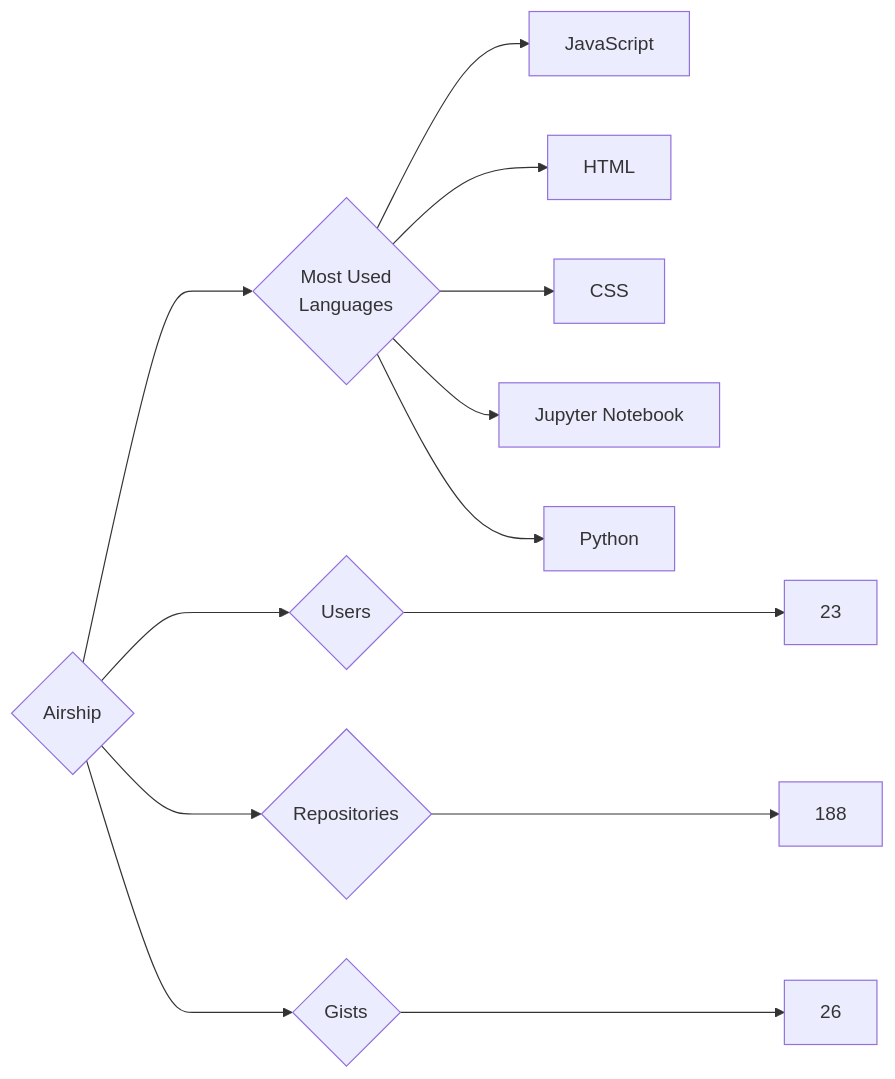
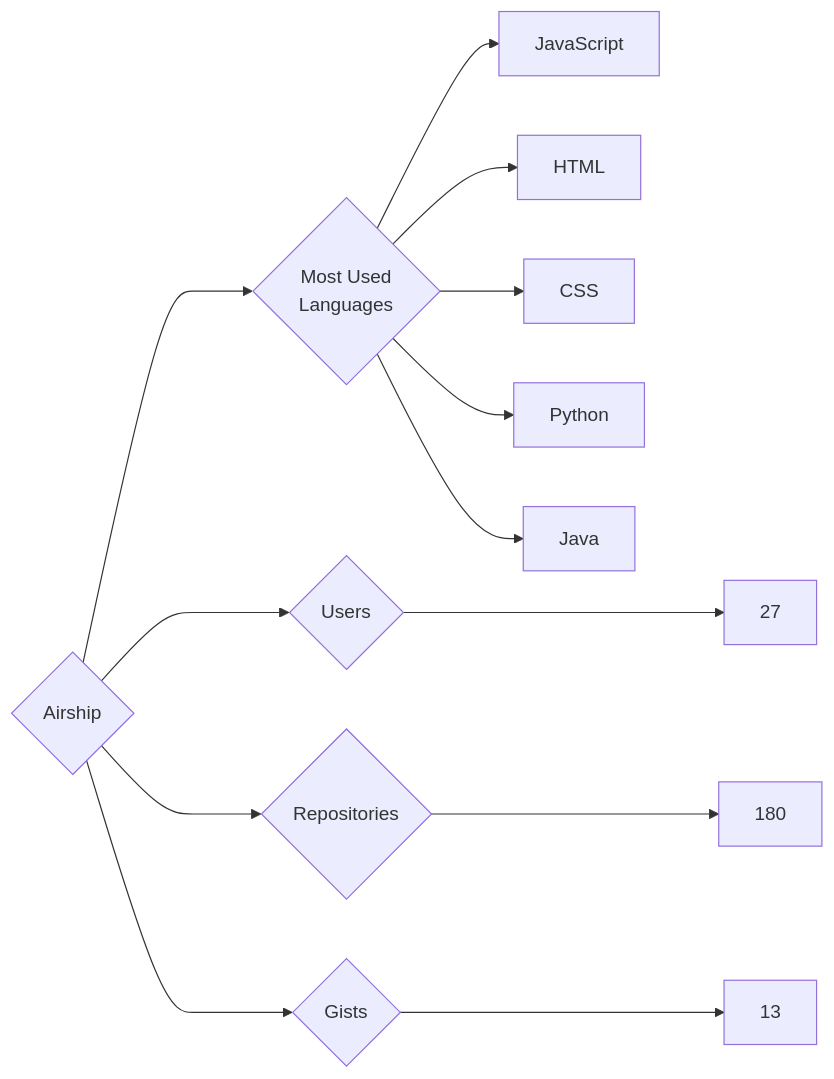
The diagram in targets/Airship/README.md (trickest/insiders), drawn with Mermaid before and after one commit. The commit also changed 888 other files, not shown here.

````diff
--- a/targets/Airship/README.md
+++ b/targets/Airship/README.md
@@ -3,13 +3,13 @@
 ```mermaid
 graph LR
 COMPANY_NAME{Airship}
-COMPANY_NAME ---> U{Users} ---> UN[23]
-COMPANY_NAME ---> R{Repositories} ---> RN[188]
-COMPANY_NAME ---> G{Gists} ---> GN[26]
+COMPANY_NAME ---> U{Users} ---> UN[27]
+COMPANY_NAME ---> R{Repositories} ---> RN[180]
+COMPANY_NAME ---> G{Gists} ---> GN[13]
 COMPANY_NAME ---> ML{Most Used<br>Languages}
 ML --> JavaScript[JavaScript]
 ML --> HTML[HTML]
 ML --> CSS[CSS]
-ML --> Jupyter_Notebook[Jupyter Notebook]
 ML --> Python[Python]
+ML --> Java[Java]
 ```
````
